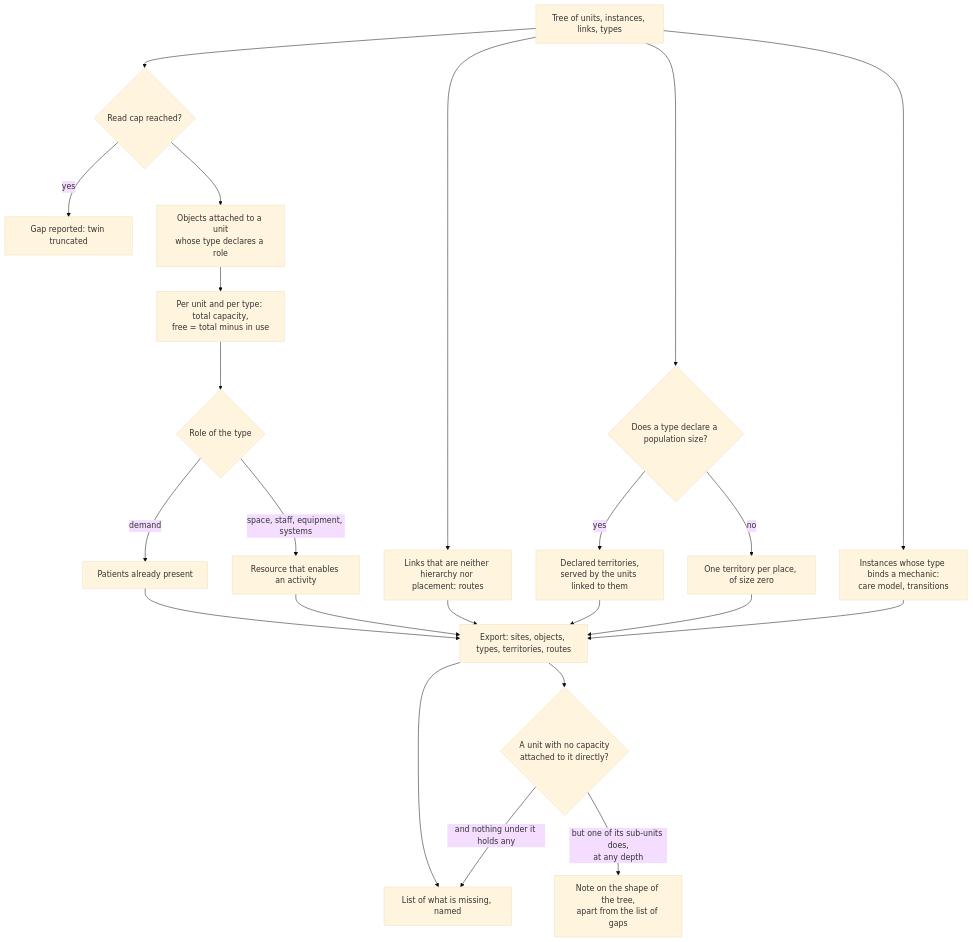
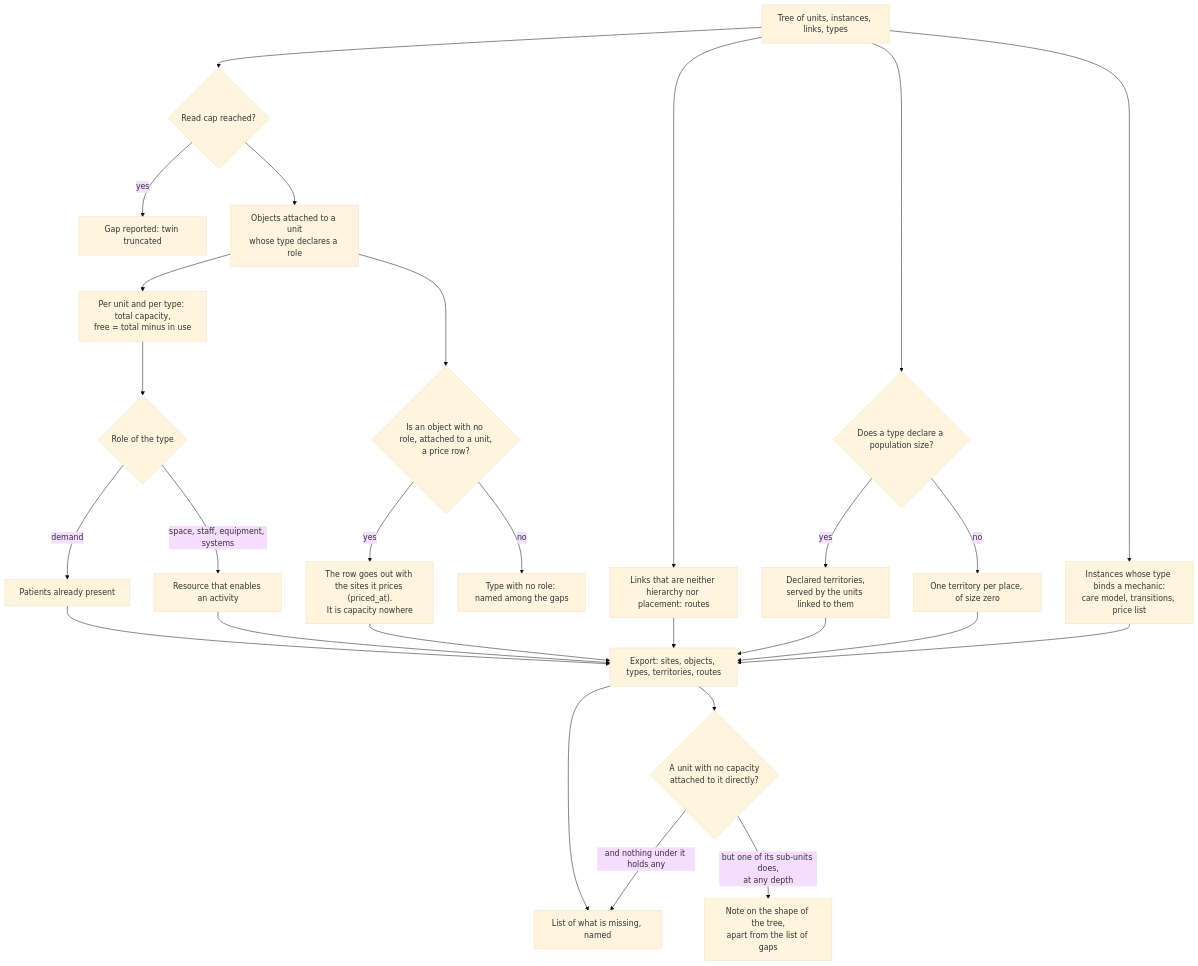
One commit to V1ktor7/obscyro changed diagram 19 of 40 in frontend/content/docs/product/algorithms.md. Above: the diagram before and after it, drawn with Mermaid (base theme). The commit also changed other lines of this file and 44 other files, not shown here.

````diff
--- a/frontend/content/docs/product/algorithms.md
+++ b/frontend/content/docs/product/algorithms.md
@@ -599,25 +719,29 @@
 ```mermaid
 flowchart TD
     A["Tree of units, instances, links, types"] --> B{"Read cap reached?"}
     B -->|"yes"| B1["Gap reported: twin truncated"]
     B --> C["Objects attached to a unit<br/>whose type declares a role"]
     C --> D["Per unit and per type: total capacity,<br/>free = total minus in use"]
     D --> E{"Role of the type"}
     E -->|"demand"| F["Patients already present"]
     E -->|"space, staff, equipment, systems"| G["Resource that enables an activity"]
     A --> H["Links that are neither hierarchy nor placement: routes"]
     A --> I{"Does a type declare a population size?"}
     I -->|"yes"| J["Declared territories,<br/>served by the units linked to them"]
     I -->|"no"| K["One territory per place, of size zero"]
-    A --> L["Instances whose type binds a mechanic:<br/>care model, transitions"]
+    A --> L["Instances whose type binds a mechanic:<br/>care model, transitions, price list"]
+    C --> C2{"Is an object with no role, attached to a unit,<br/>a price row?"}
+    C2 -->|"yes"| C3["The row goes out with the sites it prices (priced_at).<br/>It is capacity nowhere"]
+    C2 -->|"no"| C4["Type with no role: named among the gaps"]
+    C3 --> M
     F --> M["Export: sites, objects, types, territories, routes"]
     G --> M
     H --> M
     J --> M
     K --> M
     L --> M
     M --> N["List of what is missing, named"]
     M --> O{"A unit with no capacity<br/>attached to it directly?"}
     O -->|"and nothing under it holds any"| N
     O -->|"but one of its sub-units does,<br/>at any depth"| P["Note on the shape of the tree,<br/>apart from the list of gaps"]
 ```
````
